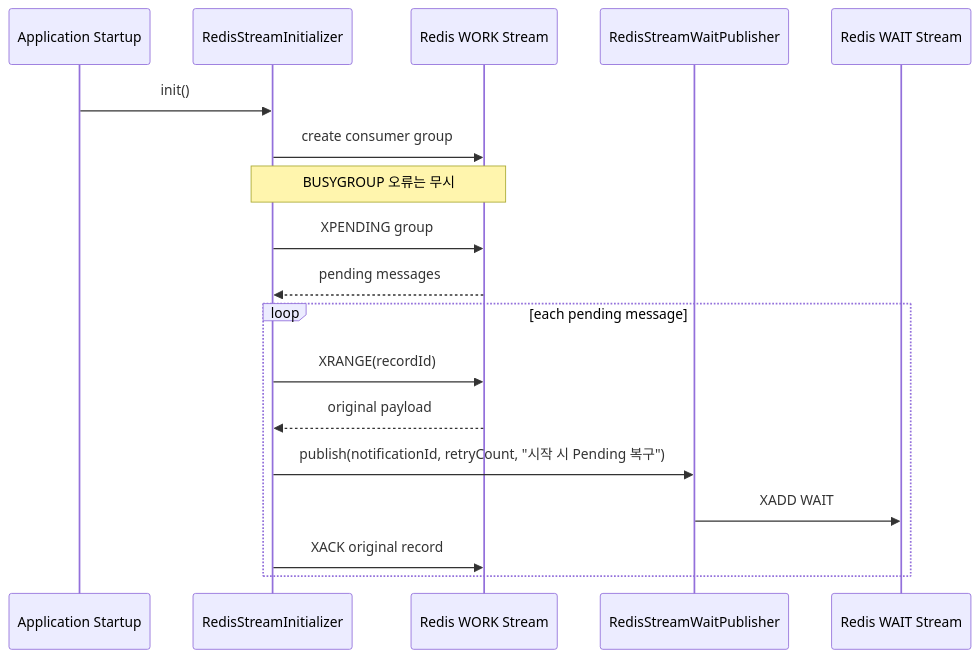
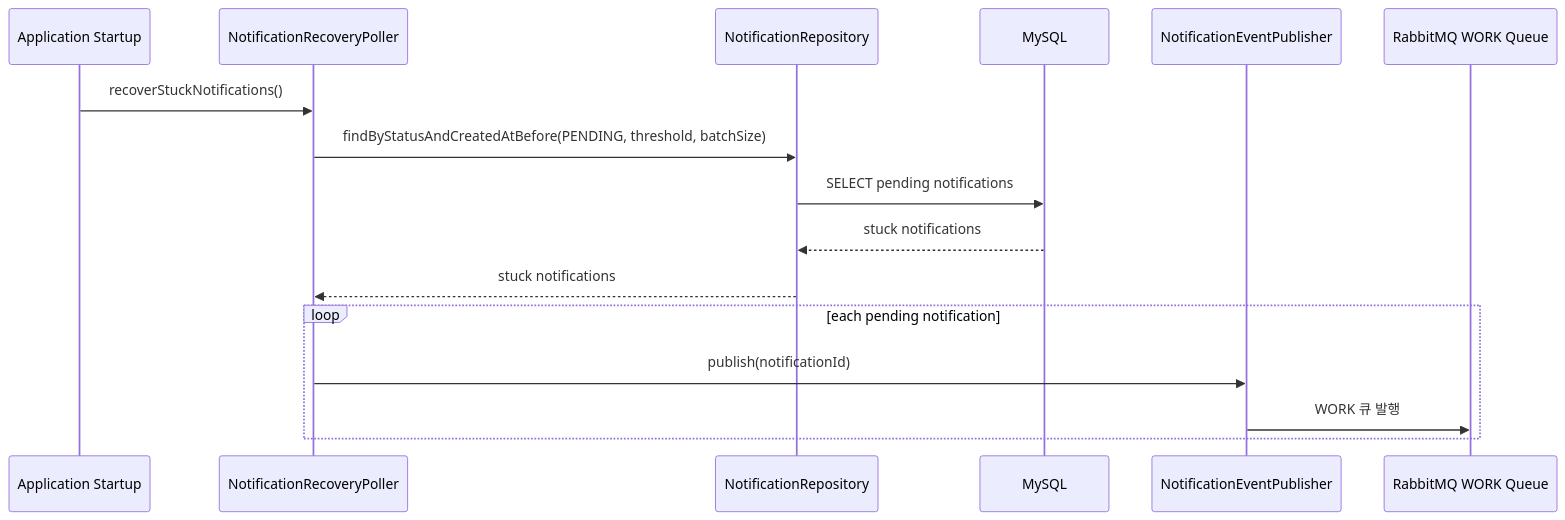
Before and after one commit to yht0827/notification-dispatcher: the fifth of 5 diagrams in docs/02-sequence-diagrams.md, drawn with Mermaid. The commit also changed other lines of this file and 7 other files, not shown here.

Commit message:
chore: 메시징 로직을 Redis Stream에서 RabbitMQ로 전환, 관련 클래스 및 테스트 리팩토링, 문서 업데이트

````diff
--- a/docs/02-sequence-diagrams.md
+++ b/docs/02-sequence-diagrams.md
@@ -194,23 +192,20 @@
 ```mermaid
 sequenceDiagram
     participant APP as Application Startup
-    participant I as RedisStreamInitializer
-    participant RS as Redis WORK Stream
-    participant W as RedisStreamWaitPublisher
-    participant WS as Redis WAIT Stream
+    participant RP as NotificationRecoveryPoller
+    participant NR as NotificationRepository
+    participant DB as MySQL
+    participant PUB as NotificationEventPublisher
+    participant MQ as RabbitMQ WORK Queue
 
-    APP->>I: init()
-    I->>RS: create consumer group
-    Note over I,RS: BUSYGROUP 오류는 무시
+    APP->>RP: recoverStuckNotifications()
+    RP->>NR: findByStatusAndCreatedAtBefore(PENDING, threshold, batchSize)
+    NR->>DB: SELECT pending notifications
+    DB-->>NR: stuck notifications
+    NR-->>RP: stuck notifications
 
-    I->>RS: XPENDING group
-    RS-->>I: pending messages
-
-    loop each pending message
-        I->>RS: XRANGE(recordId)
-        RS-->>I: original payload
-        I->>W: publish(notificationId, retryCount, "시작 시 Pending 복구")
-        W->>WS: XADD WAIT
-        I->>RS: XACK original record
+    loop each pending notification
+        RP->>PUB: publish(notificationId)
+        PUB->>MQ: WORK 큐 발행
     end
 ```
````
